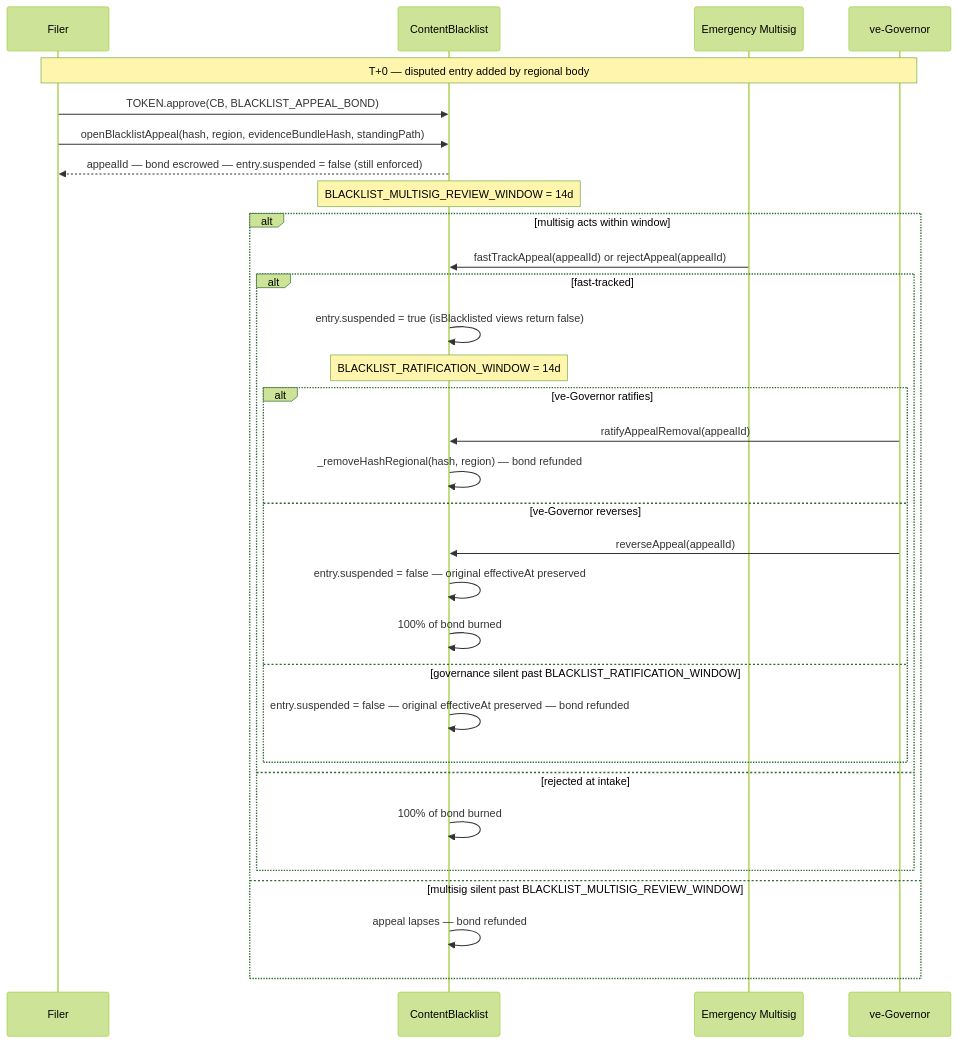
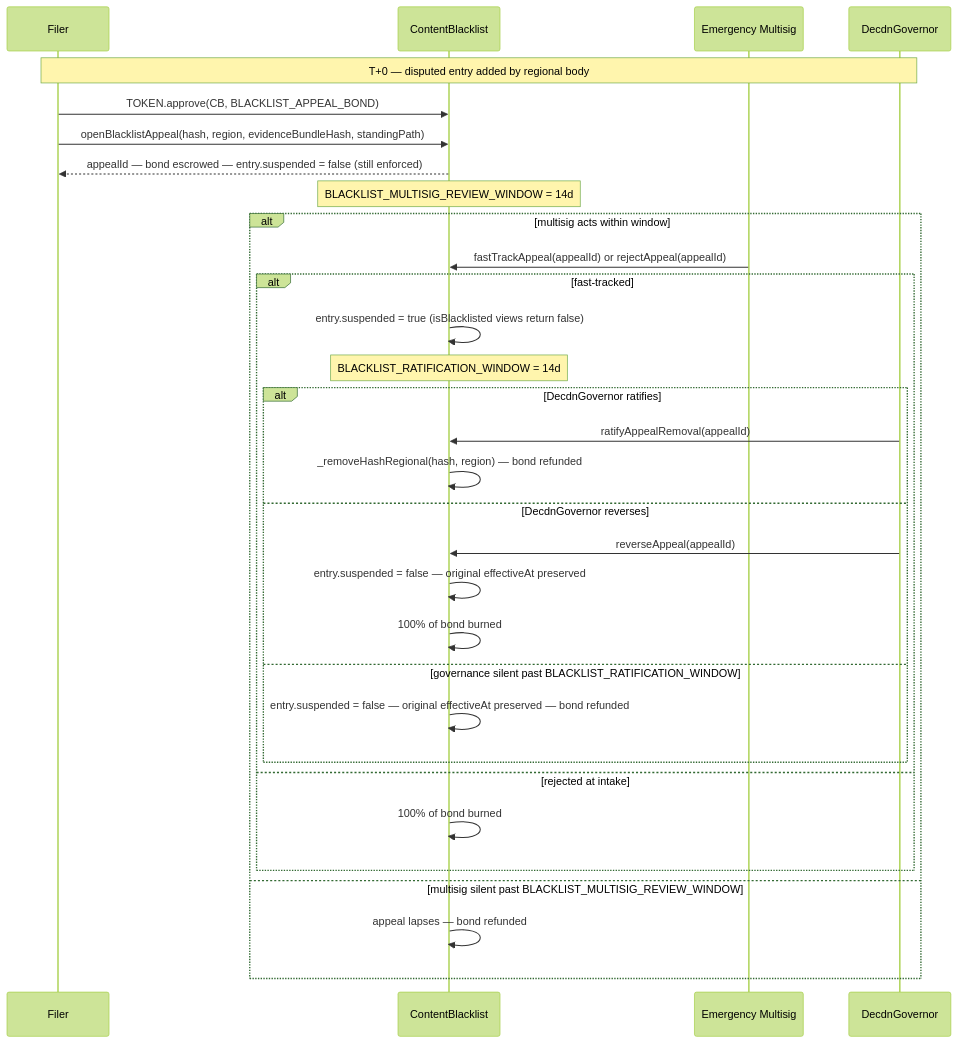
Before and after one commit to decdn/decdn: the diagram in adr/011-content-takedown.md, drawn with Mermaid (forest theme). The commit also changed other lines of this file and 38 other files, not shown here.

````diff
--- a/adr/011-content-takedown.md
+++ b/adr/011-content-takedown.md
@@ -214,33 +214,33 @@
 ```mermaid
 sequenceDiagram
     participant F as Filer
     participant CB as ContentBlacklist
     participant EM as Emergency Multisig
-    participant Gov as ve-Governor
+    participant Gov as DecdnGovernor
     Note over F,Gov: T+0 — disputed entry added by regional body
     F->>CB: TOKEN.approve(CB, BLACKLIST_APPEAL_BOND)
     F->>CB: openBlacklistAppeal(hash, region, evidenceBundleHash, standingPath)
     CB-->>F: appealId — bond escrowed — entry.suspended = false (still enforced)
     Note over CB: BLACKLIST_MULTISIG_REVIEW_WINDOW = 14d
     alt multisig acts within window
         EM->>CB: fastTrackAppeal(appealId) or rejectAppeal(appealId)
         alt fast-tracked
             CB->>CB: entry.suspended = true (isBlacklisted views return false)
             Note over CB: BLACKLIST_RATIFICATION_WINDOW = 14d
-            alt ve-Governor ratifies
+            alt DecdnGovernor ratifies
                 Gov->>CB: ratifyAppealRemoval(appealId)
                 CB->>CB: _removeHashRegional(hash, region) — bond refunded
-            else ve-Governor reverses
+            else DecdnGovernor reverses
                 Gov->>CB: reverseAppeal(appealId)
                 CB->>CB: entry.suspended = false — original effectiveAt preserved
                 CB->>CB: 100% of bond burned
             else governance silent past BLACKLIST_RATIFICATION_WINDOW
                 CB->>CB: entry.suspended = false — original effectiveAt preserved — bond refunded
             end
         else rejected at intake
             CB->>CB: 100% of bond burned
         end
     else multisig silent past BLACKLIST_MULTISIG_REVIEW_WINDOW
         CB->>CB: appeal lapses — bond refunded
     end
 ```
````
